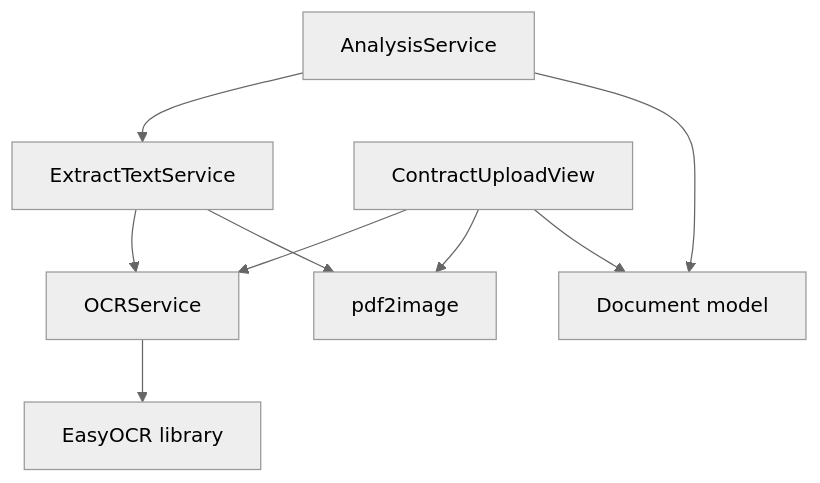
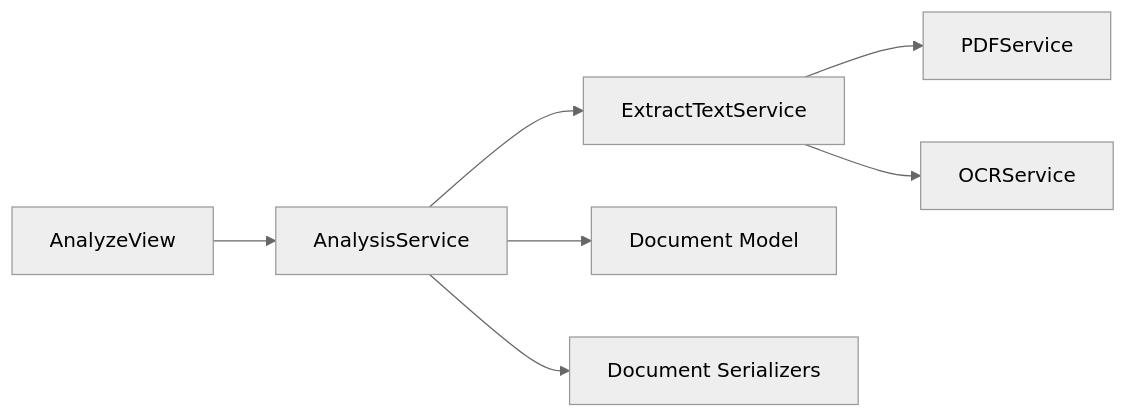
The eighth of 8 diagrams in backend/.qoder/repowiki/en/content/Text Extraction Engine/OCR Service Implementation.md (HamzaHindo/veritasshield), drawn with Mermaid (neutral theme) before and after one commit. The commit also changed other lines of this file and 49 other files, not shown here.

````diff
--- a/backend/.qoder/repowiki/en/content/Text Extraction Engine/OCR Service Implementation.md
+++ b/backend/.qoder/repowiki/en/content/Text Extraction Engine/OCR Service Implementation.md
@@ -292,11 +274,9 @@
 ```mermaid
-graph TB
-OCR["OCRService"] --> EasyOCR["EasyOCR library"]
-Extract["ExtractTextService"] --> OCR
-Extract --> PDFConv["pdf2image"]
-Analysis["AnalysisService"] --> Extract
-View["ContractUploadView"] --> OCR
-View --> PDFConv
-Analysis --> Doc["Document model"]
-View --> Doc
+graph LR
+AV["AnalyzeView"] --> AS["AnalysisService"]
+AS --> ETS["ExtractTextService"]
+ETS --> PDF["PDFService"]
+ETS --> OCR["OCRService"]
+AS --> DM["Document Model"]
+AS --> DS["Document Serializers"]
 ```
````
